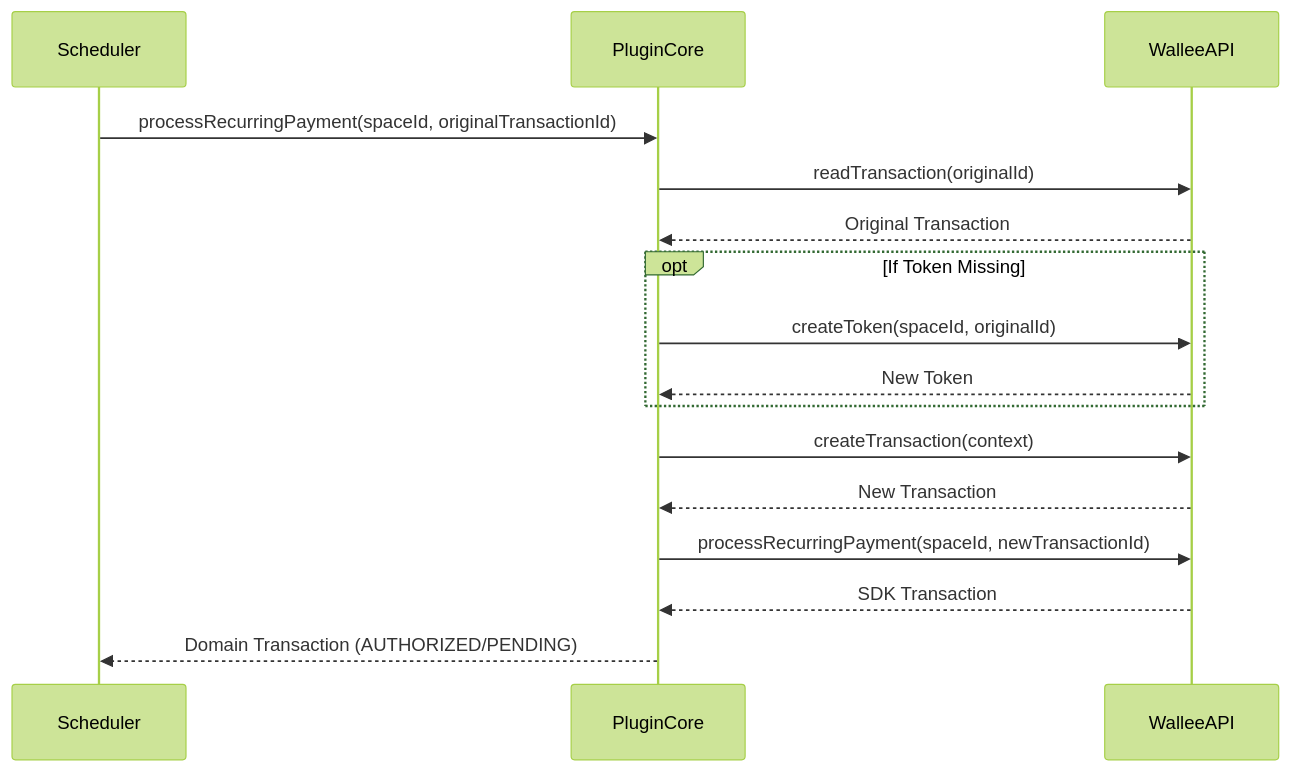
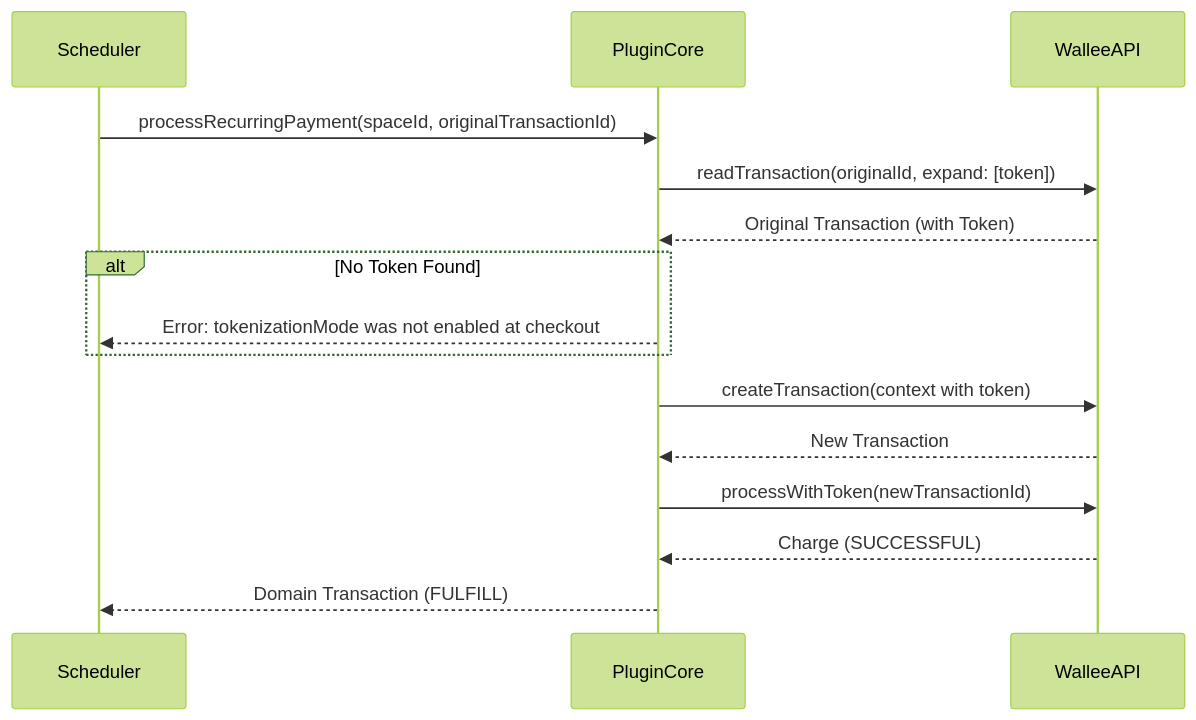
One commit to wallee-payment/plugin-core changed the diagram in docs/Recurring/README.md. Above: the diagram before and after it, drawn with Mermaid (forest theme). The commit also changed other lines of this file and 4060 other files, not shown here.

````diff
--- a/docs/Recurring/README.md
+++ b/docs/Recurring/README.md
@@ -64,22 +79,21 @@
 ```mermaid
 sequenceDiagram
     participant Scheduler
     participant PluginCore
     participant WalleeAPI
 
     Scheduler->>PluginCore: processRecurringPayment(spaceId, originalTransactionId)
-    PluginCore->>WalleeAPI: readTransaction(originalId)
-    WalleeAPI-->>PluginCore: Original Transaction
+    PluginCore->>WalleeAPI: readTransaction(originalId, expand: [token])
+    WalleeAPI-->>PluginCore: Original Transaction (with Token)
     
-    opt If Token Missing
-        PluginCore->>WalleeAPI: createToken(spaceId, originalId)
-        WalleeAPI-->>PluginCore: New Token
+    alt No Token Found
+        PluginCore-->>Scheduler: Error: tokenizationMode was not enabled at checkout
     end
 
-    PluginCore->>WalleeAPI: createTransaction(context)
+    PluginCore->>WalleeAPI: createTransaction(context with token)
     WalleeAPI-->>PluginCore: New Transaction
 
-    PluginCore->>WalleeAPI: processRecurringPayment(spaceId, newTransactionId)
-    WalleeAPI-->>PluginCore: SDK Transaction
-    PluginCore-->>Scheduler: Domain Transaction (AUTHORIZED/PENDING)
+    PluginCore->>WalleeAPI: processWithToken(newTransactionId)
+    WalleeAPI-->>PluginCore: Charge (SUCCESSFUL)
+    PluginCore-->>Scheduler: Domain Transaction (FULFILL)
 ```
````
